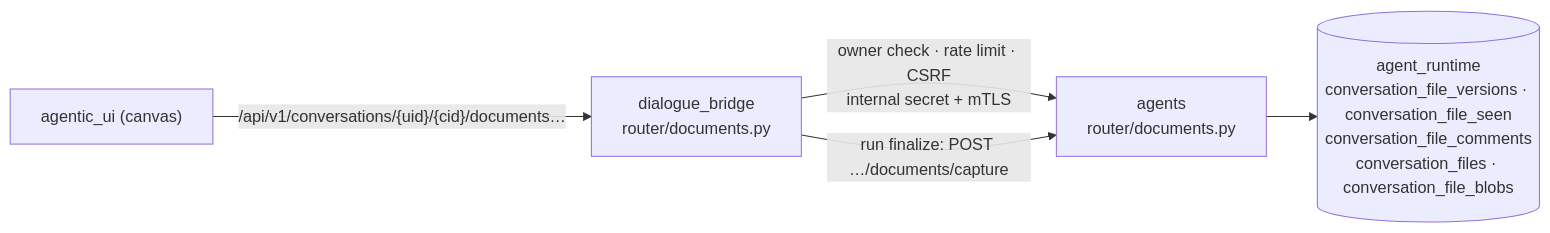
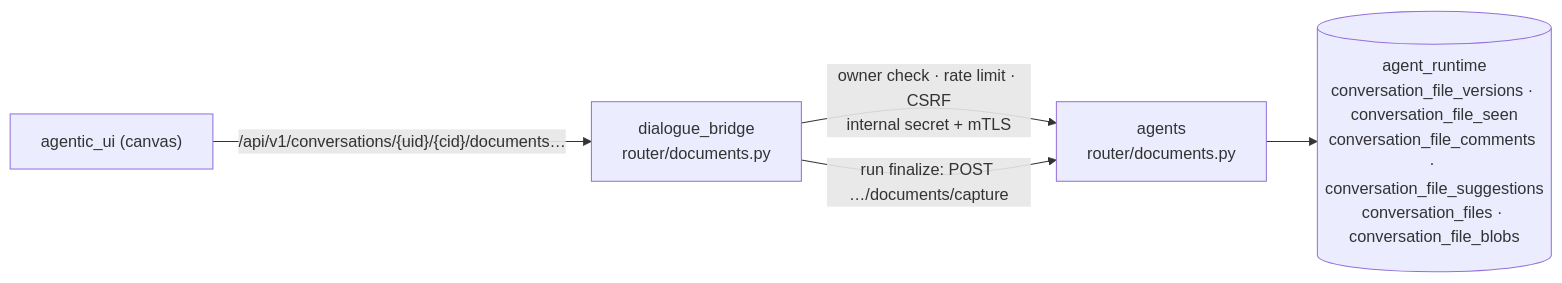
One commit to konstantinosmpouros/magenticx changed the first of 11 diagrams in docs/flows/canvas.md. Above: the diagram before and after it, drawn with Mermaid. The commit also changed other lines of this file and 82 other files, not shown here.

Commit message:
feat(agentic_ui,dialogue_bridge,agents): make Suggesting turn the user's own edits into tracked suggestions saved per document, shown to the agent as pending, and let it accept or reject them on request with review_suggestions

````diff
--- a/docs/flows/canvas.md
+++ b/docs/flows/canvas.md
@@ -9,7 +9,7 @@
 ```mermaid
 flowchart LR
     UI["agentic_ui (canvas)"] -->|"/api/v1/conversations/{uid}/{cid}/documents…"| BR["dialogue_bridge<br/>router/documents.py"]
     BR -->|"owner check · rate limit · CSRF<br/>internal secret + mTLS"| AG["agents<br/>router/documents.py"]
-    AG --> PG[("agent_runtime<br/>conversation_file_versions · conversation_file_seen<br/>conversation_file_comments<br/>conversation_files · conversation_file_blobs")]
+    AG --> PG[("agent_runtime<br/>conversation_file_versions · conversation_file_seen<br/>conversation_file_comments · conversation_file_suggestions<br/>conversation_files · conversation_file_blobs")]
     BR -->|"run finalize: POST …/documents/capture"| AG
 ```
````
